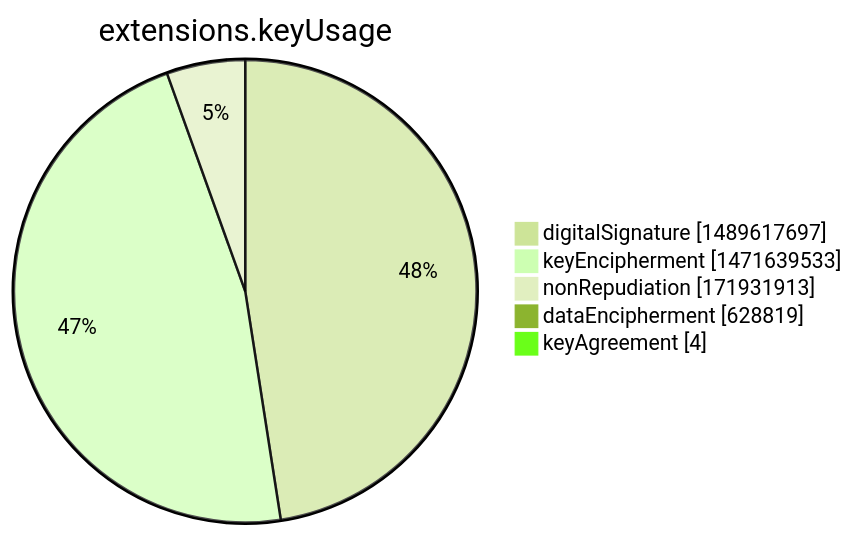
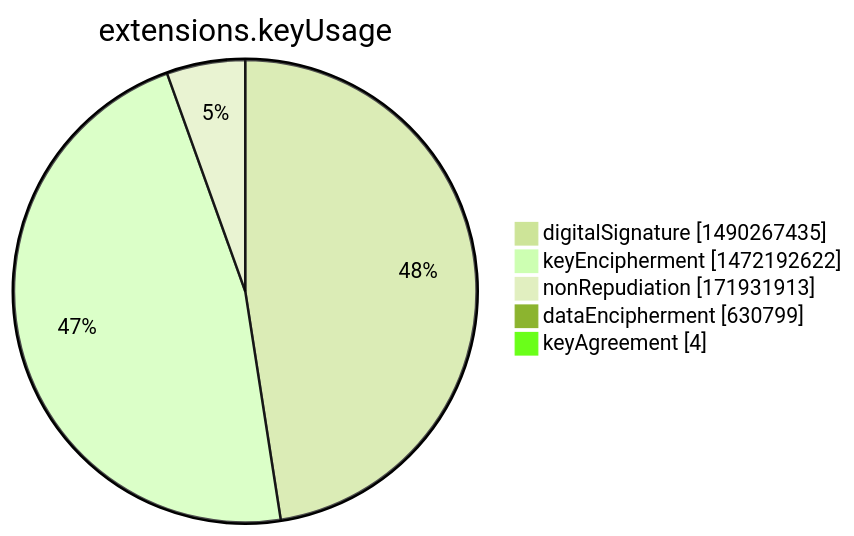
The seventh of 15 diagrams in argon2022/README.md (christiankrug/ctmonitor_visualization), drawn with Mermaid (forest theme) before and after one commit. The commit also changed other lines of this file, not shown here.

````diff
--- a/argon2022/README.md
+++ b/argon2022/README.md
@@ -2751,9 +2751,9 @@
 ```mermaid
 pie showData
 title extensions.keyUsage
-"digitalSignature" :1489617697
-"keyEncipherment" :1471639533
+"digitalSignature" :1490267435
+"keyEncipherment" :1472192622
 "nonRepudiation" :171931913
-"dataEncipherment" :628819
+"dataEncipherment" :630799
 "keyAgreement" :4
 ```
````
